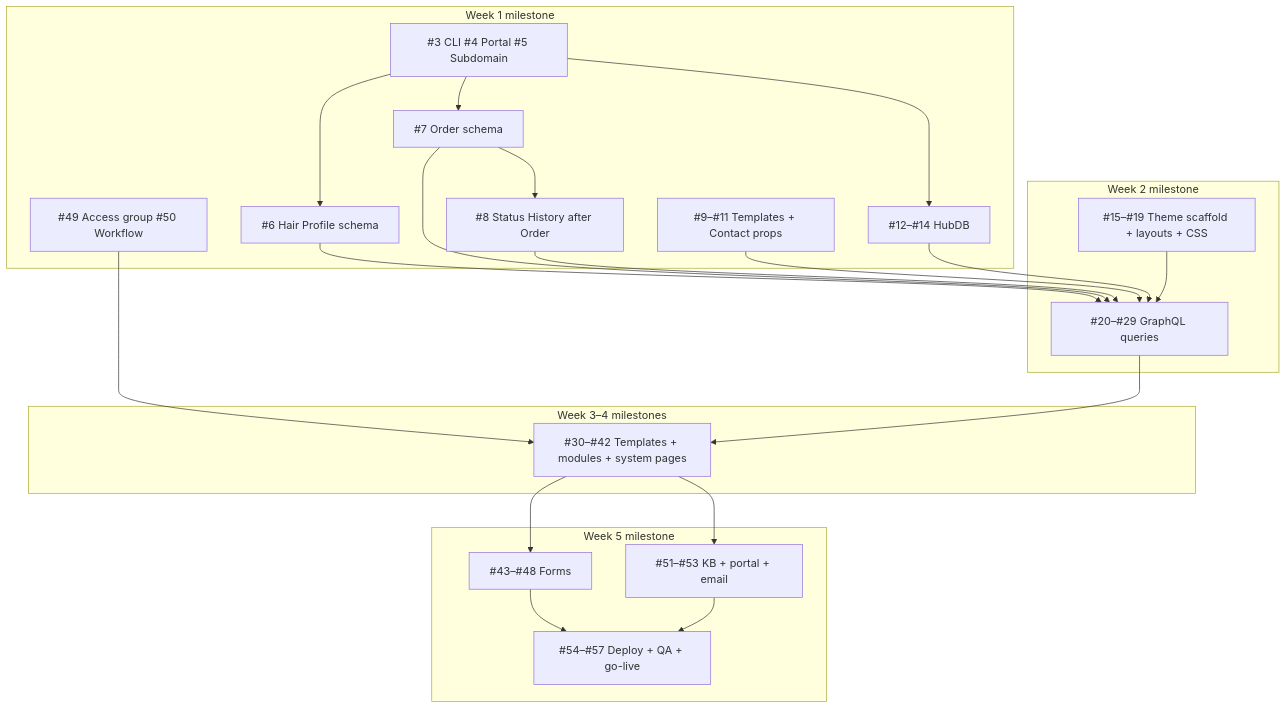
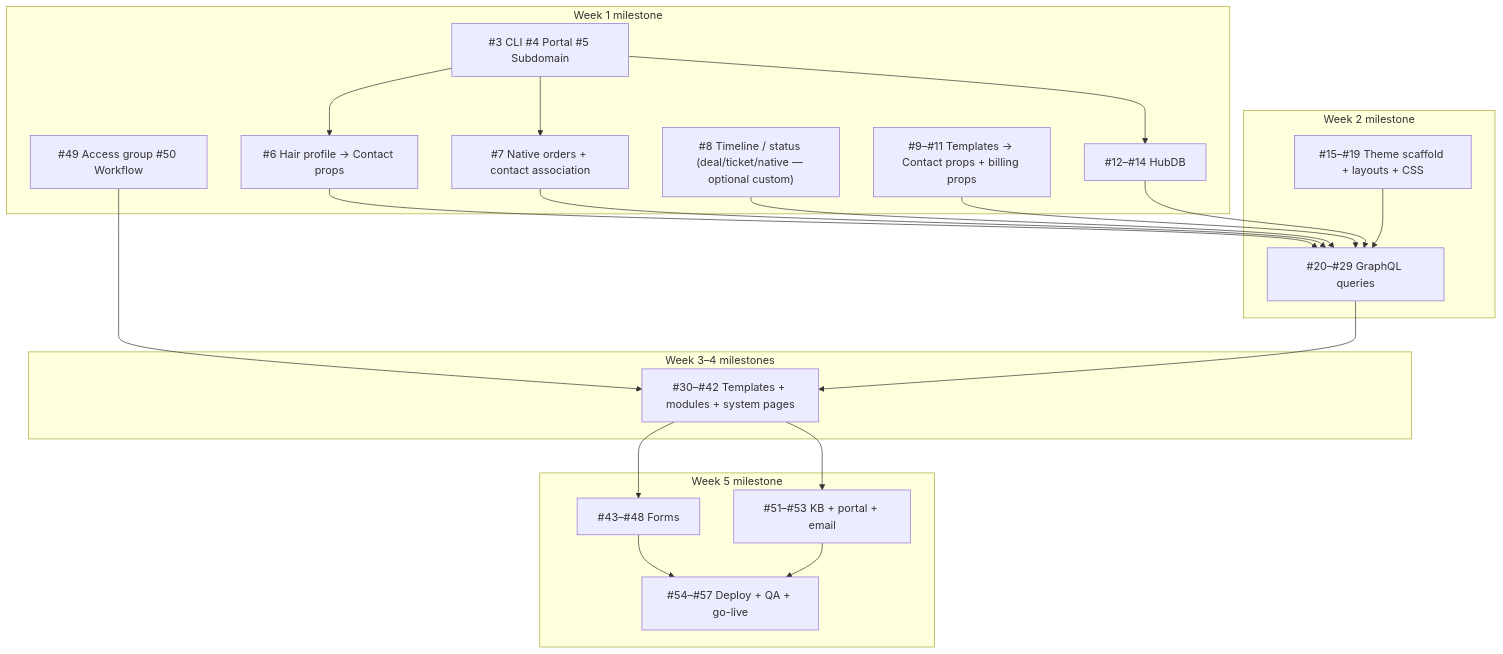
Before and after one commit to hairsolutionsco/customer-portal: the diagram in IMPLEMENTATION_PLAN_SUBAGENTS.md, drawn with Mermaid. The commit also changed other lines of this file and 9 other files, not shown here.

````diff
--- a/IMPLEMENTATION_PLAN_SUBAGENTS.md
+++ b/IMPLEMENTATION_PLAN_SUBAGENTS.md
@@ -27,40 +27,39 @@
 ```mermaid
 flowchart TB
   subgraph W1["Week 1 milestone"]
     P0["#3 CLI #4 Portal #5 Subdomain"]
-    P1a["#6 Hair Profile schema"]
-    P1b["#7 Order schema"]
-    P1c["#8 Status History after Order"]
-    P1d["#9–#11 Templates + Contact props"]
+    P1a["#6 Hair profile → Contact props"]
+    P1b["#7 Native orders + contact association"]
+    P1c["#8 Timeline / status (deal/ticket/native — optional custom)"]
+    P1d["#9–#11 Templates → Contact props + billing props"]
     P1e["#12–#14 HubDB"]
     P6["#49 Access group #50 Workflow"]
   end
   subgraph W2["Week 2 milestone"]
     P2["#15–#19 Theme scaffold + layouts + CSS"]
     P3["#20–#29 GraphQL queries"]
   end
   subgraph W3["Week 3–4 milestones"]
     P4["#30–#42 Templates + modules + system pages"]
   end
   subgraph W5["Week 5 milestone"]
     P5["#43–#48 Forms"]
     P7["#51–#53 KB + portal + email"]
     P8["#54–#57 Deploy + QA + go-live"]
   end
   P0 --> P1a
   P0 --> P1b
   P0 --> P1e
-  P1b --> P1c
   P1a --> P3
   P1b --> P3
   P1c --> P3
   P1d --> P3
   P1e --> P3
   P6 --> P4
   P2 --> P3
   P3 --> P4
   P4 --> P5
   P4 --> P7
   P5 --> P8
   P7 --> P8
 ```
````
